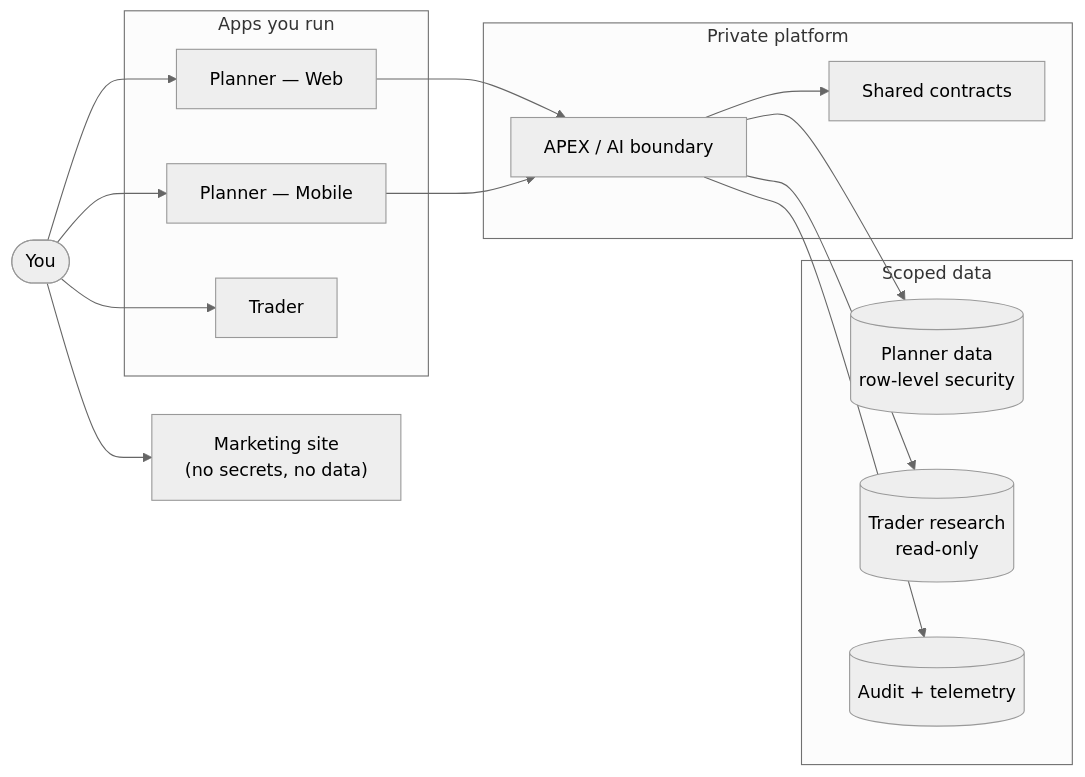
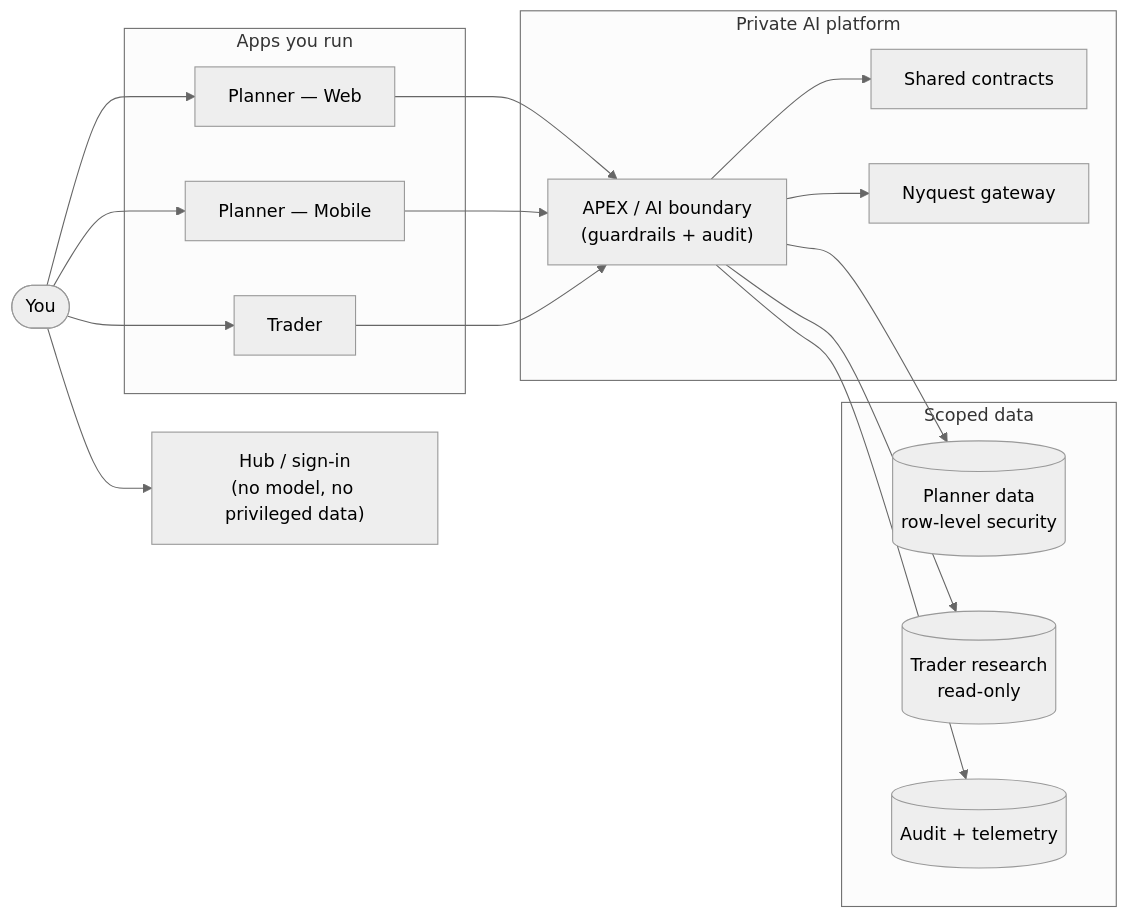
One commit to bjjlops/ASCEND-Showcase changed the diagram in README.md. Above: the diagram before and after it, drawn with Mermaid (neutral theme). The commit also changed other lines of this file and 18 other files, not shown here.

First line of the commit message:
docs: refresh showcase — APEX live, Trader workbench, monorepo, diagrams, screenshots

````diff
--- a/README.md
+++ b/README.md
@@ -82,31 +84,33 @@
 ```mermaid
 flowchart LR
   User(["You"])
 
   subgraph Apps["Apps you run"]
     Web["Planner — Web"]
     Mobile["Planner — Mobile"]
     Trader["Trader"]
   end
 
-  subgraph Platform["Private platform"]
-    APEX["APEX / AI boundary"]
+  subgraph Platform["Private AI platform"]
+    APEX["APEX / AI boundary<br/>(guardrails + audit)"]
     Contracts["Shared contracts"]
+    Gateway["Nyquest gateway"]
   end
 
   subgraph Data["Scoped data"]
     PlannerDB[("Planner data<br/>row-level security")]
     Research[("Trader research<br/>read-only")]
     Audit[("Audit + telemetry")]
   end
 
-  Site["Marketing site<br/>(no secrets, no data)"]
+  Hub["Hub / sign-in<br/>(no model, no privileged data)"]
 
-  User --> Site
+  User --> Hub
   User --> Web & Mobile & Trader
-  Web & Mobile --> APEX
+  Web & Mobile & Trader --> APEX
   APEX --> Contracts
+  APEX --> Gateway
   APEX --> PlannerDB
   APEX --> Research
   APEX --> Audit
 ```
````
